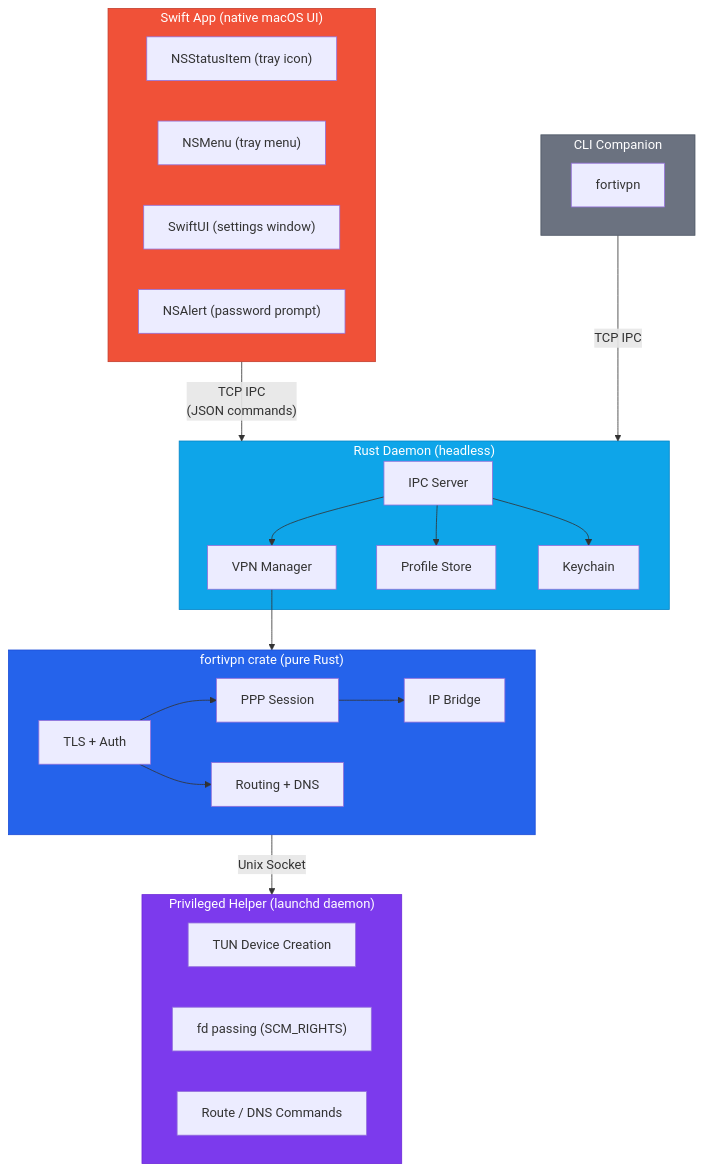
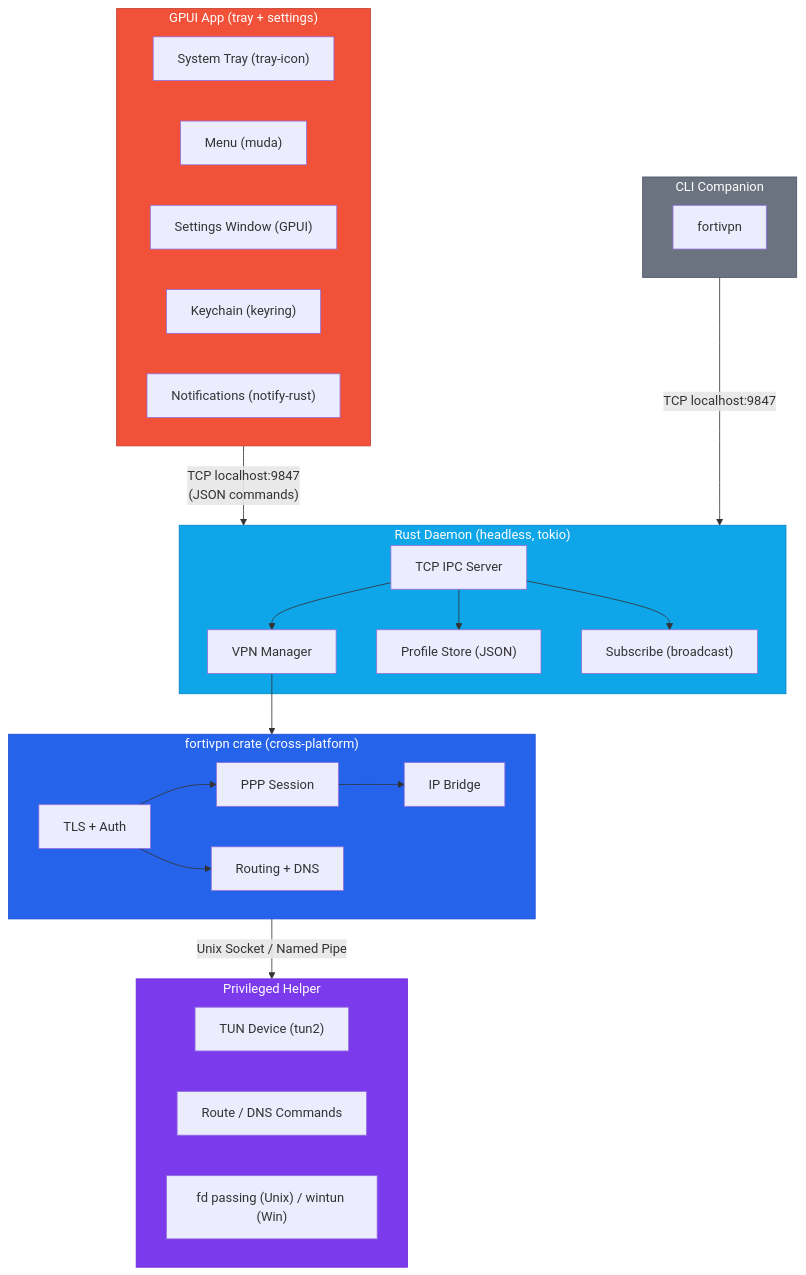
One commit to ktutnik/fortivpn-tray changed the first of 2 diagrams in README.md. Above: the diagram before and after it, drawn with Mermaid. The commit also changed other lines of this file, not shown here.

Commit message:
docs: rewrite README for pure Rust cross-platform architecture

````diff
--- a/README.md
+++ b/README.md
@@ -222,52 +146,53 @@
 ```mermaid
 graph TD
-    subgraph swift["Swift App (native macOS UI)"]
-        tray["NSStatusItem (tray icon)"]
-        menu["NSMenu (tray menu)"]
-        settings["SwiftUI (settings window)"]
-        alert["NSAlert (password prompt)"]
+    subgraph app["GPUI App (tray + settings)"]
+        tray["System Tray (tray-icon)"]
+        menu["Menu (muda)"]
+        settings["Settings Window (GPUI)"]
+        kc["Keychain (keyring)"]
+        notif["Notifications (notify-rust)"]
     end
 
-    swift -- "TCP IPC<br/>(JSON commands)" --> daemon
+    app -- "TCP localhost:9847<br/>(JSON commands)" --> daemon
 
-    subgraph daemon["Rust Daemon (headless)"]
-        ipc["IPC Server"]
+    subgraph daemon["Rust Daemon (headless, tokio)"]
+        ipc["TCP IPC Server"]
         vpnmgr["VPN Manager"]
-        profiles["Profile Store"]
-        kc["Keychain"]
+        profiles["Profile Store (JSON)"]
+        subscribe["Subscribe (broadcast)"]
         ipc --> vpnmgr
         ipc --> profiles
-        ipc --> kc
+        ipc --> subscribe
     end
 
     subgraph cli["CLI Companion"]
         cliprog["fortivpn"]
     end
 
-    cli -- "TCP IPC" --> daemon
+    cli -- "TCP localhost:9847" --> daemon
 
-    vpnmgr --> crate
+    vpnmgr --> vpnlib
 
-    subgraph crate["fortivpn crate (pure Rust)"]
+    subgraph vpnlib["fortivpn crate (cross-platform)"]
         auth["TLS + Auth"]
         ppp["PPP Session"]
         bridge["IP Bridge"]
         route["Routing + DNS"]
         auth --> ppp --> bridge
         auth --> route
     end
 
-    crate -- "Unix Socket" --> helper
+    vpnlib -- "Unix Socket / Named Pipe" --> helper
 
-    subgraph helper["Privileged Helper (launchd daemon)"]
-        tun["TUN Device Creation"]
-        fd["fd passing (SCM_RIGHTS)"]
-        ops["Route / DNS Commands"]
+    subgraph helper["Privileged Helper"]
+        tun["TUN Device (tun2)"]
+        commands["Route / DNS Commands"]
+        fd["fd passing (Unix) / wintun (Win)"]
     end
 
-    style swift fill:#F05138,stroke:#c43e2d,color:#fff
+    style app fill:#F05138,stroke:#c43e2d,color:#fff
     style daemon fill:#0ea5e9,stroke:#0284c7,color:#fff
-    style crate fill:#2563eb,stroke:#1d4ed8,color:#fff
+    style vpnlib fill:#2563eb,stroke:#1d4ed8,color:#fff
     style helper fill:#7c3aed,stroke:#6d28d9,color:#fff
     style cli fill:#6b7280,stroke:#4b5563,color:#fff
 ```
````
